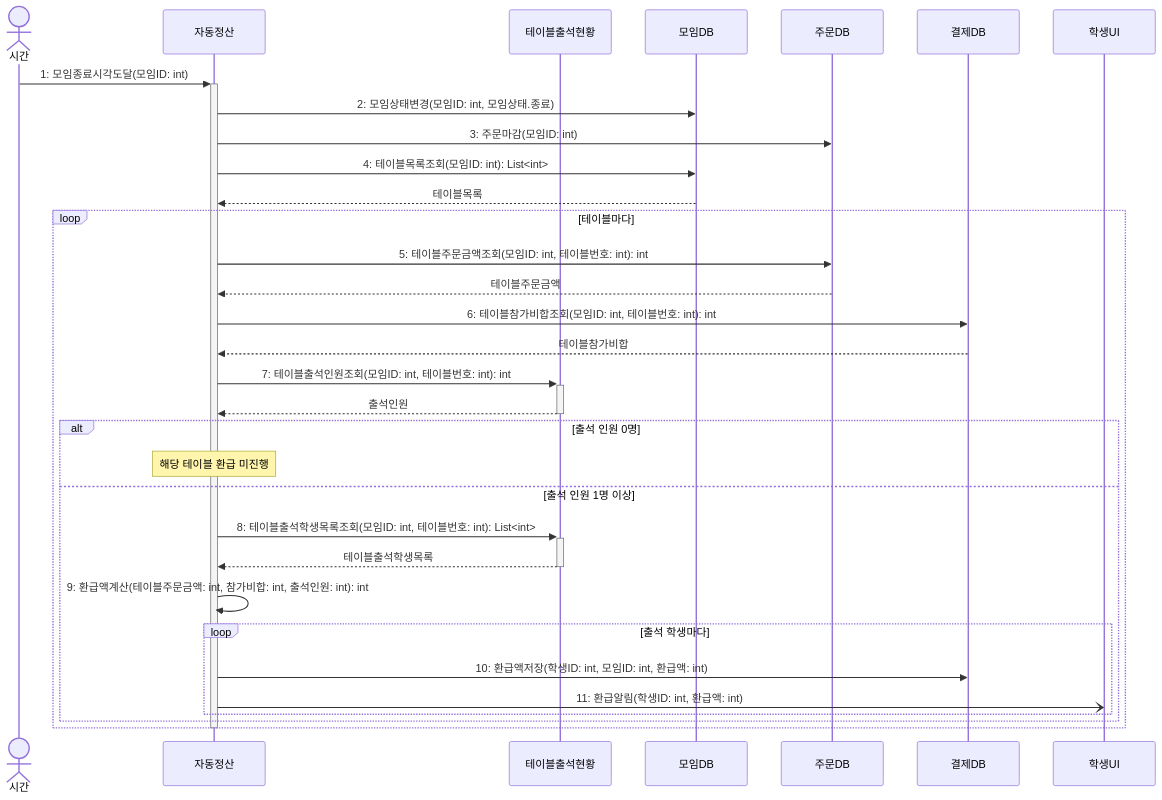
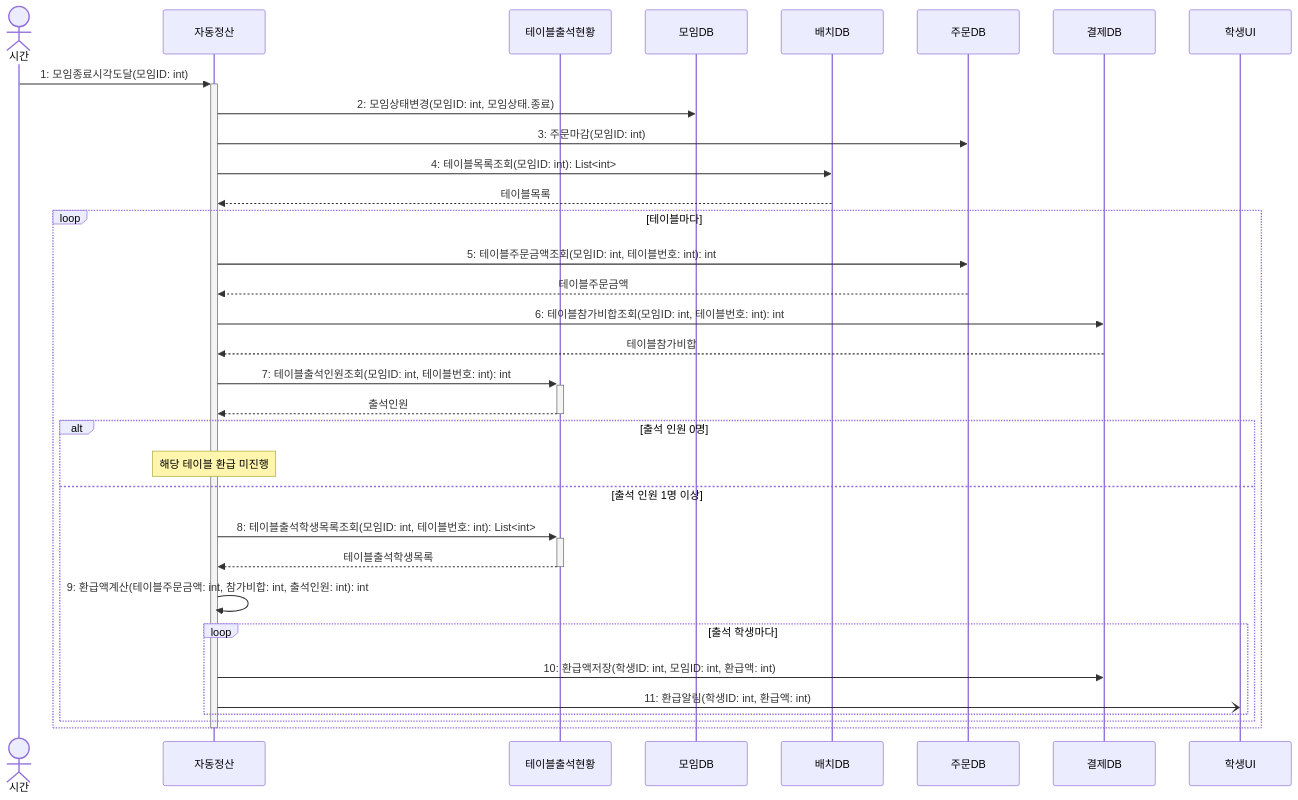
One commit to hojae3/sw-engineering-16 changed the diagram in sequence/seq-09.md. Above: the diagram before and after it, drawn with Mermaid. The commit also changed other lines of this file and 17 other files, not shown here.

First line of the commit message:
[seq/class] 4-2 배치저장 분리, 테이블목록조회 배치DB 이동, 사용처 보완

````diff
--- a/sequence/seq-09.md
+++ b/sequence/seq-09.md
@@ -25,38 +26,39 @@
 ```mermaid
 sequenceDiagram
     actor 시간
     participant 정산 as 자동정산
     participant 현황 as 테이블출석현황
     participant 모임DB as 모임DB
+    participant 배치DB as 배치DB
     participant 주문DB as 주문DB
     participant 결제DB as 결제DB
     participant 학생UI as 학생UI
 
     시간->>+정산: 1: 모임종료시각도달(모임ID: int)
     정산->>모임DB: 2: 모임상태변경(모임ID: int, 모임상태.종료)
     정산->>주문DB: 3: 주문마감(모임ID: int)
-    정산->>모임DB: 4: 테이블목록조회(모임ID: int): List<int>
-    모임DB-->>정산: 테이블목록
+    정산->>배치DB: 4: 테이블목록조회(모임ID: int): List<int>
+    배치DB-->>정산: 테이블목록
     
     loop 테이블마다
         정산->>주문DB: 5: 테이블주문금액조회(모임ID: int, 테이블번호: int): int
         주문DB-->>정산: 테이블주문금액
         정산->>결제DB: 6: 테이블참가비합조회(모임ID: int, 테이블번호: int): int
         결제DB-->>정산: 테이블참가비합
         정산->>+현황: 7: 테이블출석인원조회(모임ID: int, 테이블번호: int): int
         현황-->>-정산: 출석인원
         
         alt 출석 인원 0명
             Note over 정산: 해당 테이블 환급 미진행
         else 출석 인원 1명 이상
             정산->>+현황: 8: 테이블출석학생목록조회(모임ID: int, 테이블번호: int): List<int>
             현황-->>-정산: 테이블출석학생목록
             정산->>정산: 9: 환급액계산(테이블주문금액: int, 참가비합: int, 출석인원: int): int
             loop 출석 학생마다
                 정산->>결제DB: 10: 환급액저장(학생ID: int, 모임ID: int, 환급액: int)
                 정산-)학생UI: 11: 환급알림(학생ID: int, 환급액: int)
             end
         end
     end
     deactivate 정산
 ```
````
